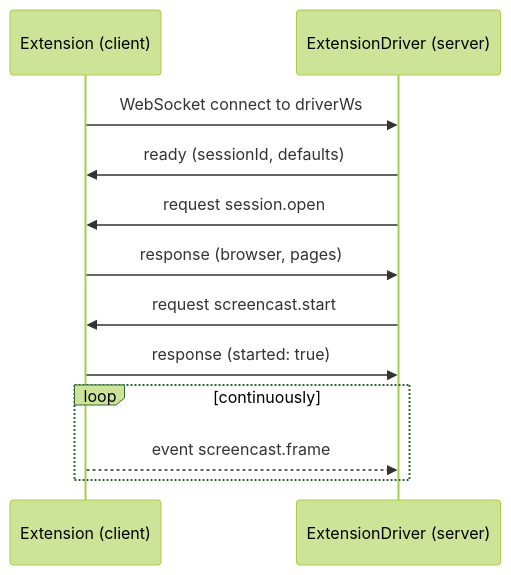
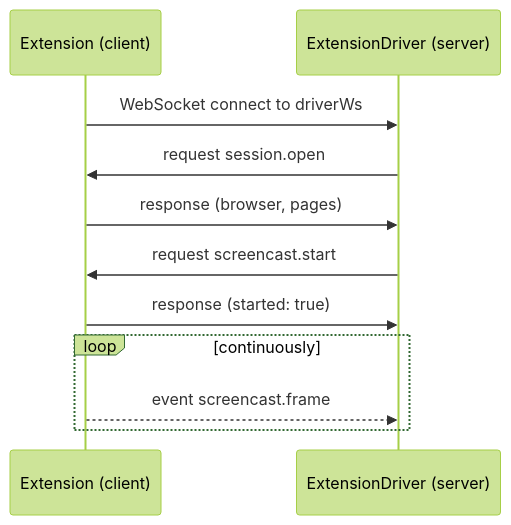
The first of 4 diagrams in src/driver/extension-driver-protocol.md (invoice-collector/invoice-collector), drawn with Mermaid (forest theme) before and after one commit. The commit also changed other lines of this file and 1 other file, not shown here.

Commit message:
Remove ready message

````diff
--- a/src/driver/extension-driver-protocol.md
+++ b/src/driver/extension-driver-protocol.md
@@ -697,14 +691,13 @@
 ```mermaid
 sequenceDiagram
     participant C as Extension (client)
     participant S as ExtensionDriver (server)
   C->>S: WebSocket connect to driverWs
-  S->>C: ready (sessionId, defaults)
     S->>C: request session.open
     C->>S: response (browser, pages)
     S->>C: request screencast.start
     C->>S: response (started: true)
     loop continuously
         C-->>S: event screencast.frame
     end
 ```
````
